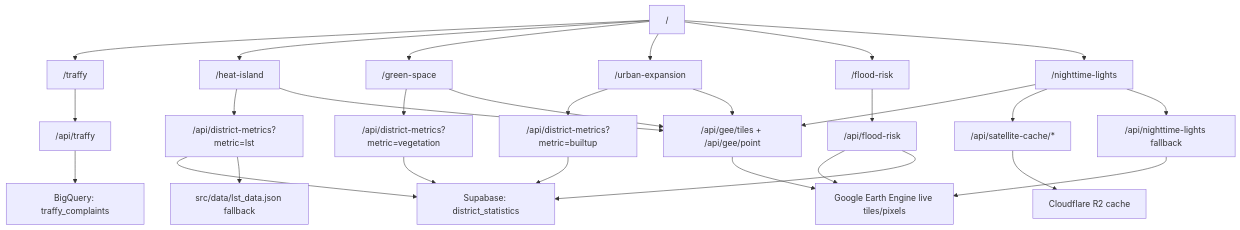
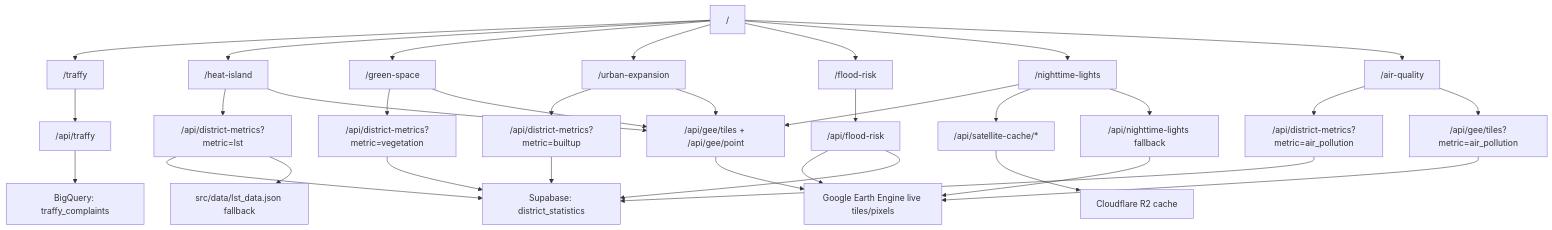
One commit to sorrawitsuk-cyber/bkkanalysis001 changed the first of 2 diagrams in docs/APP_WORKFLOW.md. Above: the diagram before and after it, drawn with Mermaid. The commit also changed other lines of this file and 12 other files, not shown here.

Commit message:
Add satellite air pollution workflow

````diff
--- a/docs/APP_WORKFLOW.md
+++ b/docs/APP_WORKFLOW.md
@@ -7,35 +7,41 @@
 ```mermaid
 flowchart TD
   Home["/"] --> Traffy["/traffy"]
   Home --> Heat["/heat-island"]
   Home --> Green["/green-space"]
   Home --> BuiltUp["/urban-expansion"]
   Home --> Flood["/flood-risk"]
   Home --> Night["/nighttime-lights"]
+  Home --> Air["/air-quality"]
 
   Traffy --> TraffyApi["/api/traffy"]
   TraffyApi --> BigQuery["BigQuery: traffy_complaints"]
 
   Heat --> DistrictMetrics["/api/district-metrics?metric=lst"]
   Green --> DistrictMetricsVegetation["/api/district-metrics?metric=vegetation"]
   BuiltUp --> DistrictMetricsBuiltUp["/api/district-metrics?metric=builtup"]
   DistrictMetrics --> SupabaseStats["Supabase: district_statistics"]
   DistrictMetricsVegetation --> SupabaseStats
   DistrictMetricsBuiltUp --> SupabaseStats
   DistrictMetrics --> LocalFallback["src/data/lst_data.json fallback"]
 
   Heat --> GeeTiles["/api/gee/tiles + /api/gee/point"]
   Green --> GeeTiles
   BuiltUp --> GeeTiles
   Night --> GeeTiles
   GeeTiles --> GEE["Google Earth Engine live tiles/pixels"]
 
   Flood --> FloodApi["/api/flood-risk"]
   FloodApi --> GEE
   FloodApi --> SupabaseStats
 
   Night --> CacheProxy["/api/satellite-cache/*"]
   CacheProxy --> R2["Cloudflare R2 cache"]
   Night --> NightApi["/api/nighttime-lights fallback"]
   NightApi --> GEE
+
+  Air --> AirMetrics["/api/district-metrics?metric=air_pollution"]
+  AirMetrics --> SupabaseStats
+  Air --> AirTiles["/api/gee/tiles?metric=air_pollution"]
+  AirTiles --> GEE
 ```
````
